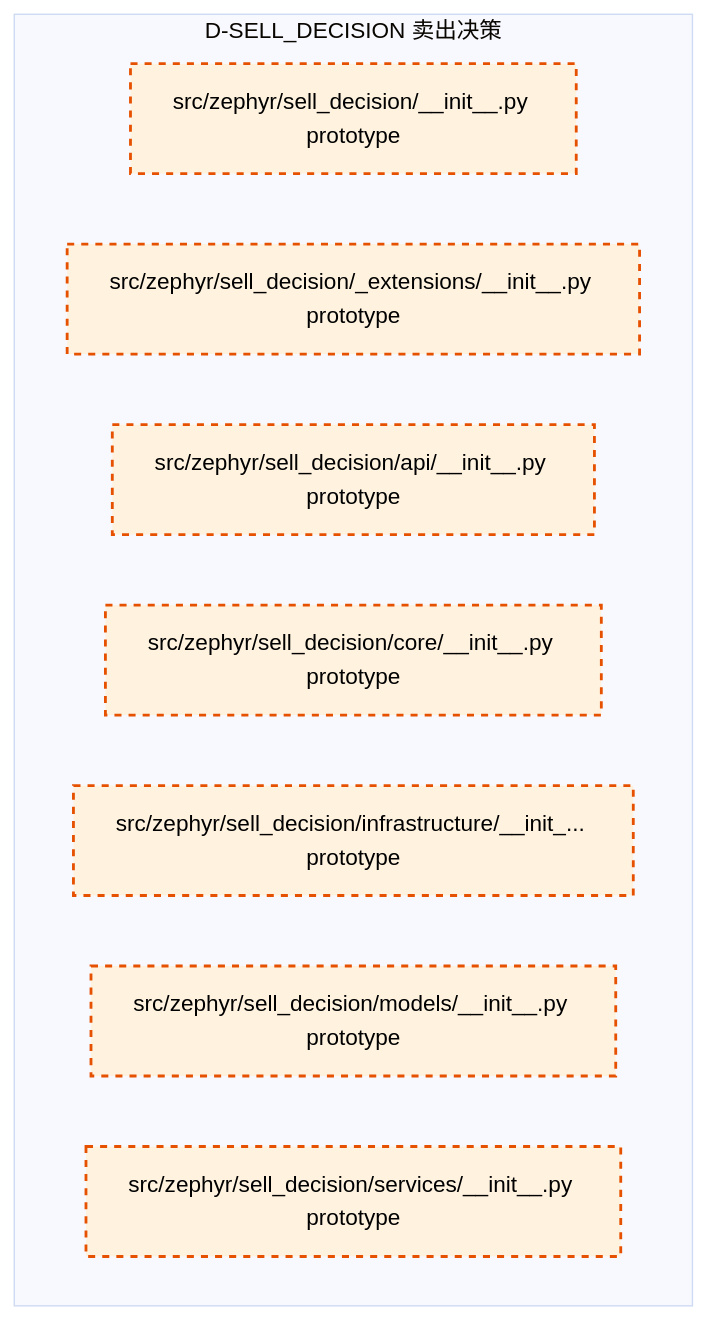
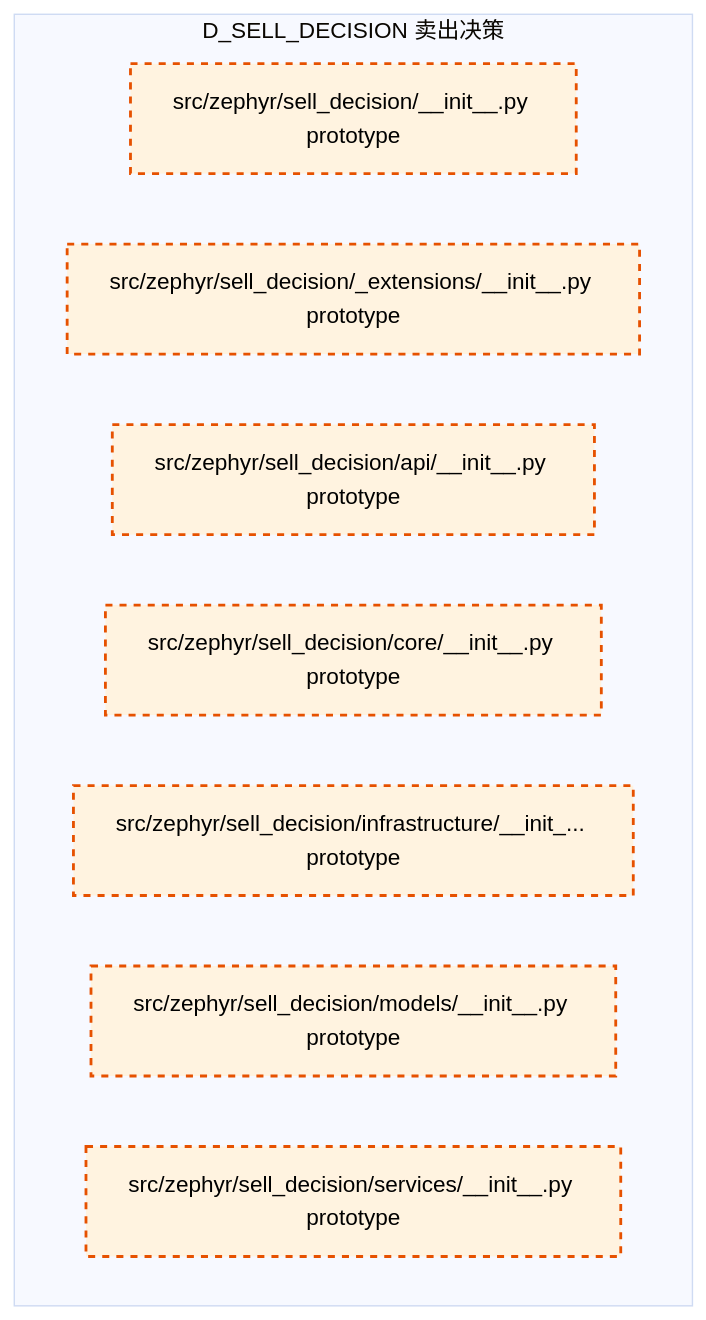
The diagram in docs/02_enterprise_architecture/02_domain_architecture_docs/48_d_sell_decision.md (xuanFelixVan/ZephyrAlpha), drawn with Mermaid (base theme) before and after one commit. The commit also changed other lines of this file and 106 other files, not shown here.

````diff
--- a/docs/02_enterprise_architecture/02_domain_architecture_docs/48_d_sell_decision.md
+++ b/docs/02_enterprise_architecture/02_domain_architecture_docs/48_d_sell_decision.md
@@ -47,17 +47,17 @@
 ```mermaid
 graph TD
-    subgraph D_SELL_DECISION["D-SELL_DECISION 卖出决策"]
+    subgraph D_SELL_DECISION["D_SELL_DECISION 卖出决策"]
         src_zephyr_sell_decision_init_py["src/zephyr/sell_decision/__init__.py prototype"]
         src_zephyr_sell_decision_extensions_init_py["src/zephyr/sell_decision/_extensions/__init__.py prototype"]
         src_zephyr_sell_decision_api_init_py["src/zephyr/sell_decision/api/__init__.py prototype"]
         src_zephyr_sell_decision_core_init_py["src/zephyr/sell_decision/core/__init__.py prototype"]
         src_zephyr_sell_decision_infrastructure_init_py["src/zephyr/sell_decision/infrastructure/__init_... prototype"]
         src_zephyr_sell_decision_models_init_py["src/zephyr/sell_decision/models/__init__.py prototype"]
         src_zephyr_sell_decision_services_init_py["src/zephyr/sell_decision/services/__init__.py prototype"]
     end
     classDef production fill:#e1f5fe,stroke:#01579b,stroke-width:2px,color:#000
     classDef design fill:#fff3e0,stroke:#e65100,stroke-width:2px,color:#000,stroke-dasharray: 5 5
     classDef external_prod fill:#e8f5e9,stroke:#1b5e20,stroke-width:1px,color:#000
     classDef external_design fill:#fce4ec,stroke:#880e4f,stroke-width:1px,color:#000,stroke-dasharray: 5 5
     class src_zephyr_sell_decision_init_py,src_zephyr_sell_decision_extensions_init_py,src_zephyr_sell_decision_api_init_py,src_zephyr_sell_decision_core_init_py,src_zephyr_sell_decision_infrastructure_init_py,src_zephyr_sell_decision_models_init_py,src_zephyr_sell_decision_services_init_py design
 ```
````
